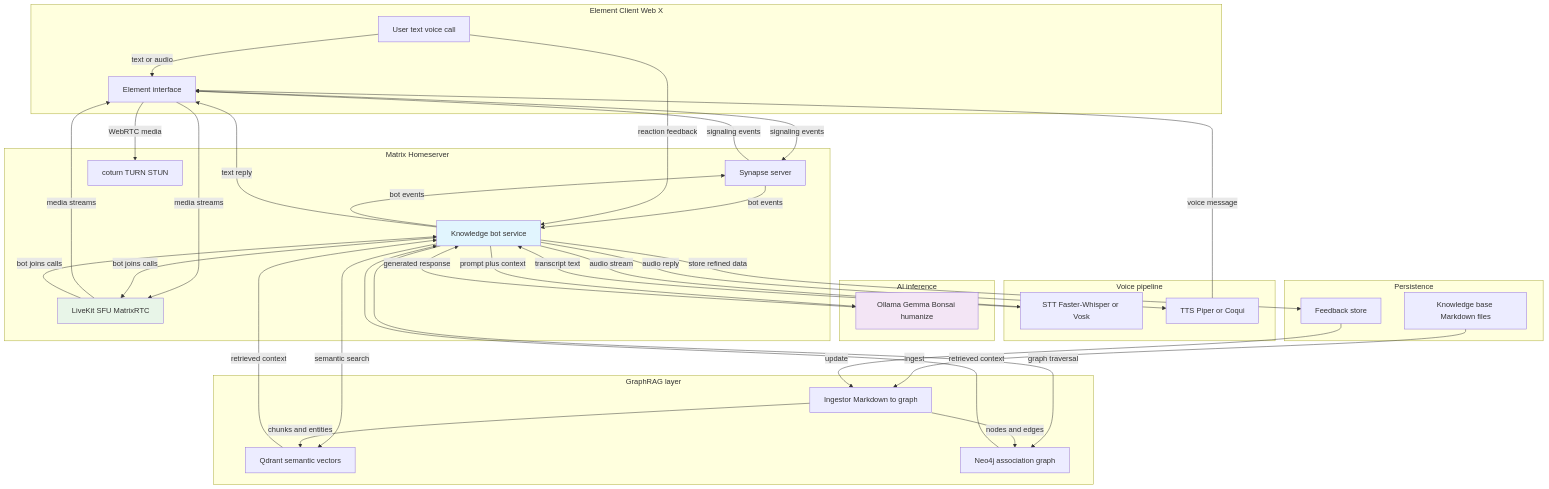
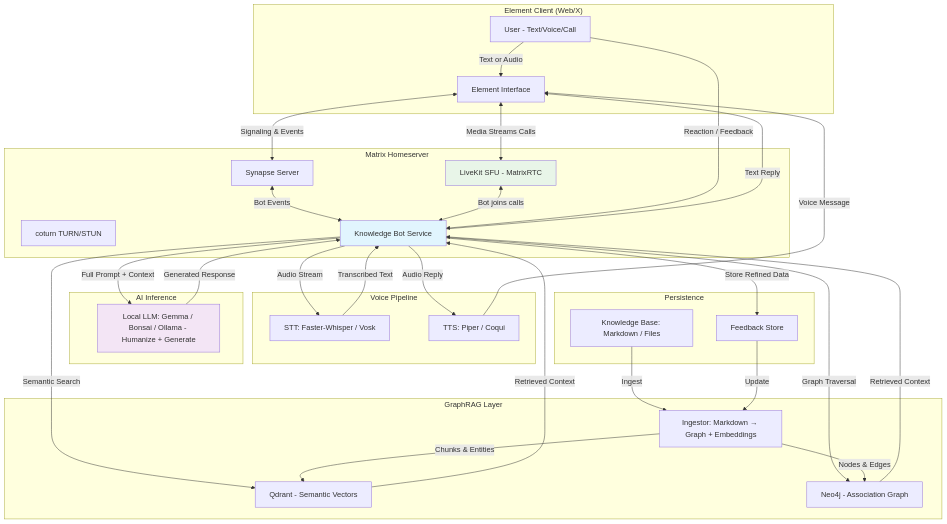
The first of 3 diagrams in _posts/2026-06-25-edelweiss-video-assistant-mvp.md (eSlider/eSlider.github.io), drawn with Mermaid before and after one commit. The commit also changed other lines of this file, not shown here.

Commit message:
refactor: update Mermaid diagram for Edelweiss video assistant MVP
Enhance the architecture diagram by refining subgraph labels and improving flow clarity. Adjust the layout for better readability and maintain consistency with the overall design.

````diff
--- a/_posts/2026-06-25-edelweiss-video-assistant-mvp.md
+++ b/_posts/2026-06-25-edelweiss-video-assistant-mvp.md
@@ -38,69 +38,64 @@
 ```mermaid
 flowchart TD
-  subgraph Client["Element Client Web X"]
-    User["User text voice call"]
-    Element["Element interface"]
-  end
+    subgraph Client["Element Client (Web/X)"]
+        User[User - Text/Voice/Call]
+        Element[Element Interface]
+    end
 
-  subgraph Matrix["Matrix Homeserver"]
-    Synapse["Synapse server"]
-    Coturn["coturn TURN STUN"]
-    LiveKit["LiveKit SFU MatrixRTC"]
-    Bot["Knowledge bot service"]
-  end
+    subgraph Matrix["Matrix Homeserver"]
+        Synapse[Synapse Server]
+        Coturn[coturn TURN/STUN]
+        LiveKit[LiveKit SFU - MatrixRTC]
+        Bot[Knowledge Bot Service]
+    end
 
-  subgraph Voice["Voice pipeline"]
-    STT["STT Faster-Whisper or Vosk"]
-    TTS["TTS Piper or Coqui"]
-  end
+    subgraph Voice["Voice Pipeline"]
+        STT[STT: Faster-Whisper / Vosk]
+        TTS[TTS: Piper / Coqui]
+    end
 
-  subgraph RAG["GraphRAG layer"]
-    Qdrant["Qdrant semantic vectors"]
-    Neo4j["Neo4j association graph"]
-    Ingest["Ingestor Markdown to graph"]
-  end
+    subgraph RAG["GraphRAG Layer"]
+        Qdrant[Qdrant - Semantic Vectors]
+        Neo4j[Neo4j - Association Graph]
+        Ingest[Ingestor: Markdown → Graph + Embeddings]
+    end
 
-  subgraph AI["AI inference"]
-    LLM["Ollama Gemma Bonsai humanize"]
-  end
+    subgraph AI["AI Inference"]
+        LLM[Local LLM: Gemma / Bonsai / Ollama - Humanize + Generate]
+    end
 
-  subgraph Storage["Persistence"]
-    KB["Knowledge base Markdown files"]
-    Feedback["Feedback store"]
-  end
+    subgraph Storage["Persistence"]
+        KB[Knowledge Base: Markdown / Files]
+        Feedback[Feedback Store]
+    end
 
-  User -->|text or audio| Element
-  Element -->|signaling events| Synapse
-  Synapse -->|signaling events| Element
-  Element -->|media streams| LiveKit
-  LiveKit -->|media streams| Element
-  Element -->|WebRTC media| Coturn
-  Synapse -->|bot events| Bot
-  Bot -->|bot events| Synapse
-  LiveKit -->|bot joins calls| Bot
-  Bot -->|bot joins calls| LiveKit
+    %% Flows
+    User -->|Text or Audio| Element
+    Element <-->|Signaling & Events| Synapse
+    Element <-->|Media Streams Calls| LiveKit
+    Synapse <-->|Bot Events| Bot
+    LiveKit <-->|Bot joins calls| Bot
 
-  Bot -->|audio stream| STT
-  STT -->|transcript text| Bot
-  Bot -->|semantic search| Qdrant
-  Bot -->|graph traversal| Neo4j
-  Qdrant -->|retrieved context| Bot
-  Neo4j -->|retrieved context| Bot
-  Bot -->|prompt plus context| LLM
-  LLM -->|generated response| Bot
-  Bot -->|text reply| Element
-  Bot -->|audio reply| TTS
-  TTS -->|voice message| Element
+    Bot -->|Audio Stream| STT
+    STT -->|Transcribed Text| Bot
+    Bot -->|Semantic Search| Qdrant
+    Bot -->|Graph Traversal| Neo4j
+    Qdrant & Neo4j -->|Retrieved Context| Bot
+    Bot -->|Full Prompt + Context| LLM
+    LLM -->|Generated Response| Bot
+    Bot -->|Text Reply| Element
+    Bot -->|Audio Reply| TTS
+    TTS -->|Voice Message| Element
 
-  KB -->|ingest| Ingest
-  Ingest -->|chunks and entities| Qdrant
-  Ingest -->|nodes and edges| Neo4j
+    KB -->|Ingest| Ingest
+    Ingest -->|Chunks & Entities| Qdrant
+    Ingest -->|Nodes & Edges| Neo4j
 
-  User -->|reaction feedback| Bot
-  Bot -->|store refined data| Feedback
-  Feedback -->|update| Ingest
+    User -->|Reaction / Feedback| Bot
+    Bot -->|Store Refined Data| Feedback
+    Feedback -->|Update| Ingest
 
-  style Bot fill:#e1f5fe
-  style LLM fill:#f3e5f5
-  style LiveKit fill:#e8f5e8
-```
+    style Bot fill:#e1f5fe
+    style LLM fill:#f3e5f5
+    style LiveKit fill:#e8f5e8
+``` 
````
